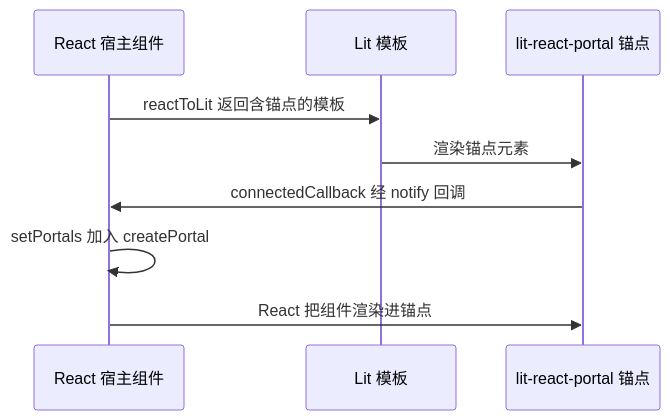
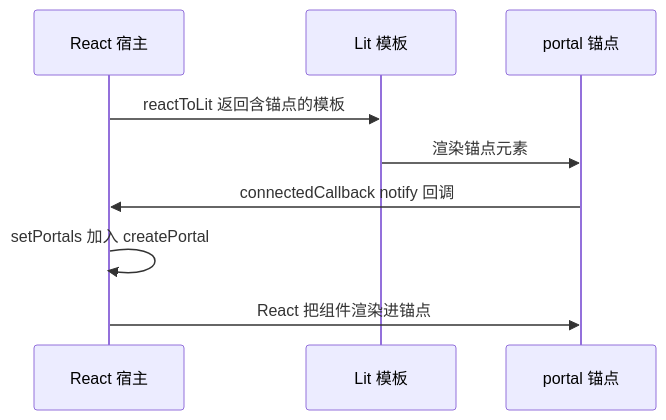
The third of 3 diagrams in learning-guide/slides/decks/06.md (lfire/AFFiNE), drawn with Mermaid before and after one commit. The commit also changed other lines of this file and 46 other files, not shown here.

````diff
--- a/learning-guide/slides/decks/06.md
+++ b/learning-guide/slides/decks/06.md
@@ -390,11 +458,11 @@
 ```mermaid
 sequenceDiagram
-  participant R as React 宿主组件
+  participant R as React 宿主
   participant L as Lit 模板
-  participant A as lit-react-portal 锚点
+  participant A as portal 锚点
   R->>L: reactToLit 返回含锚点的模板
   L->>A: 渲染锚点元素
-  A->>R: connectedCallback 经 notify 回调
+  A->>R: connectedCallback notify 回调
   R->>R: setPortals 加入 createPortal
   R->>A: React 把组件渲染进锚点
 ```
````
